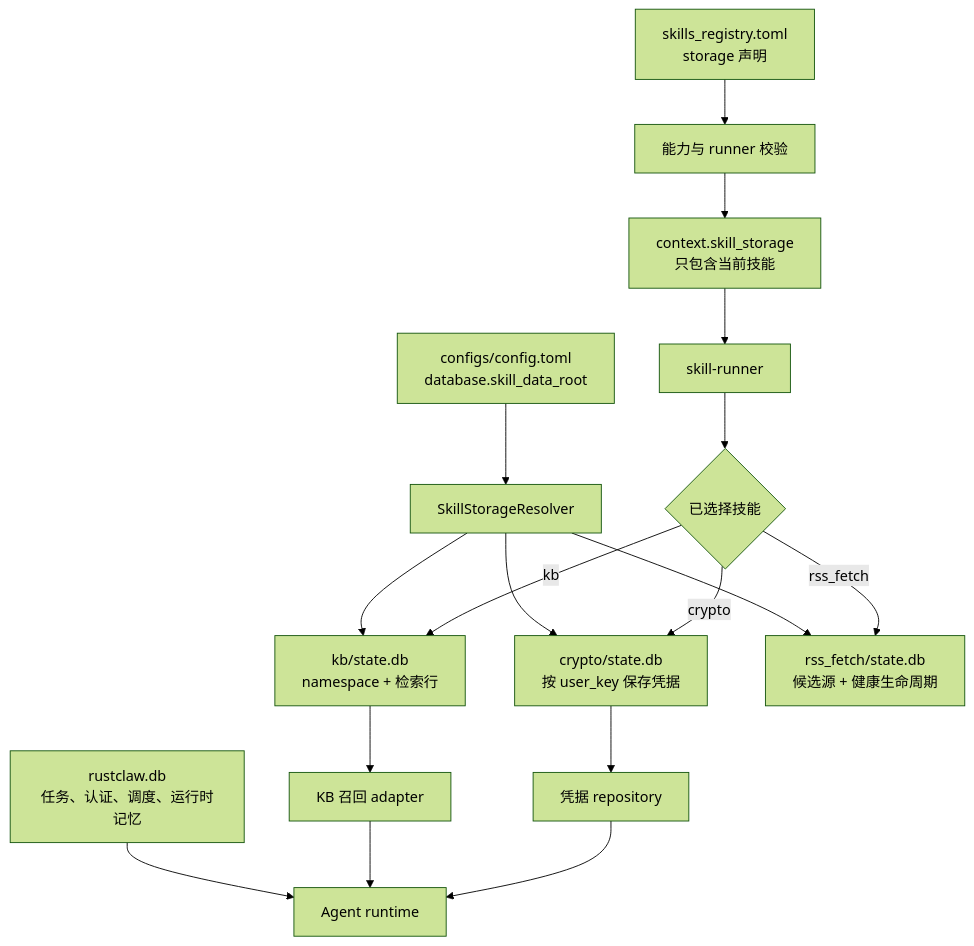
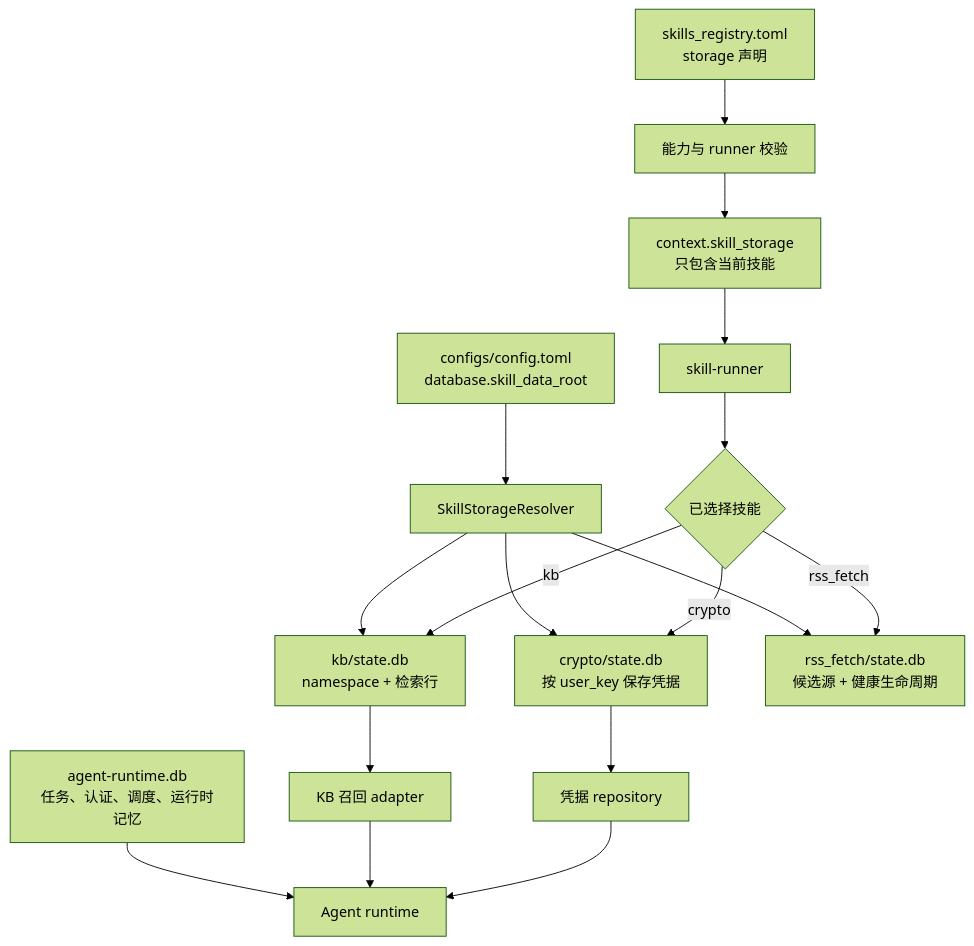
The diagram in docs/architecture/08-skill-owned-storage.zh-CN.md (MatrixCoreX/RustClaw), drawn with Mermaid (forest theme) before and after one commit. The commit also changed 979 other files, not shown here.

````diff
--- a/docs/architecture/08-skill-owned-storage.zh-CN.md
+++ b/docs/architecture/08-skill-owned-storage.zh-CN.md
@@ -18,19 +18,19 @@
 ```mermaid
 flowchart TD
     A[configs/config.toml<br/>database.skill_data_root] --> B[SkillStorageResolver]
     C[skills_registry.toml<br/>storage 声明] --> D[能力与 runner 校验]
     B --> E[crypto/state.db<br/>按 user_key 保存凭据]
     B --> F[kb/state.db<br/>namespace + 检索行]
     B --> N[rss_fetch/state.db<br/>候选源 + 健康生命周期]
     D --> G[context.skill_storage<br/>只包含当前技能]
     G --> H[skill-runner]
     H --> I{已选择技能}
     I -->|crypto| E
     I -->|kb| F
     I -->|rss_fetch| N
-    J[rustclaw.db<br/>任务、认证、调度、运行时记忆] --> K[Agent runtime]
+    J[agent-runtime.db<br/>任务、认证、调度、运行时记忆] --> K[Agent runtime]
     F --> L[KB 召回 adapter]
     L --> K
     E --> M[凭据 repository]
     M --> K
 ```
````
